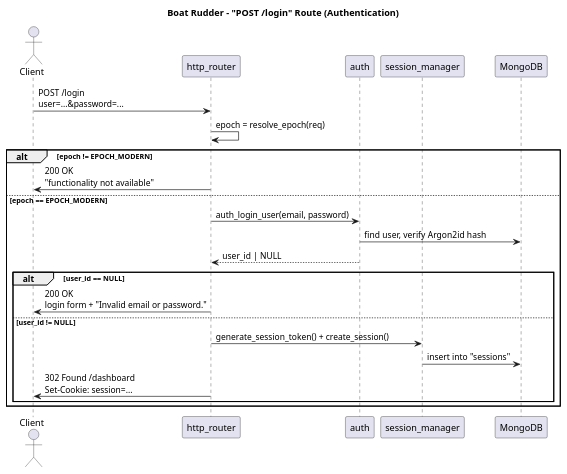
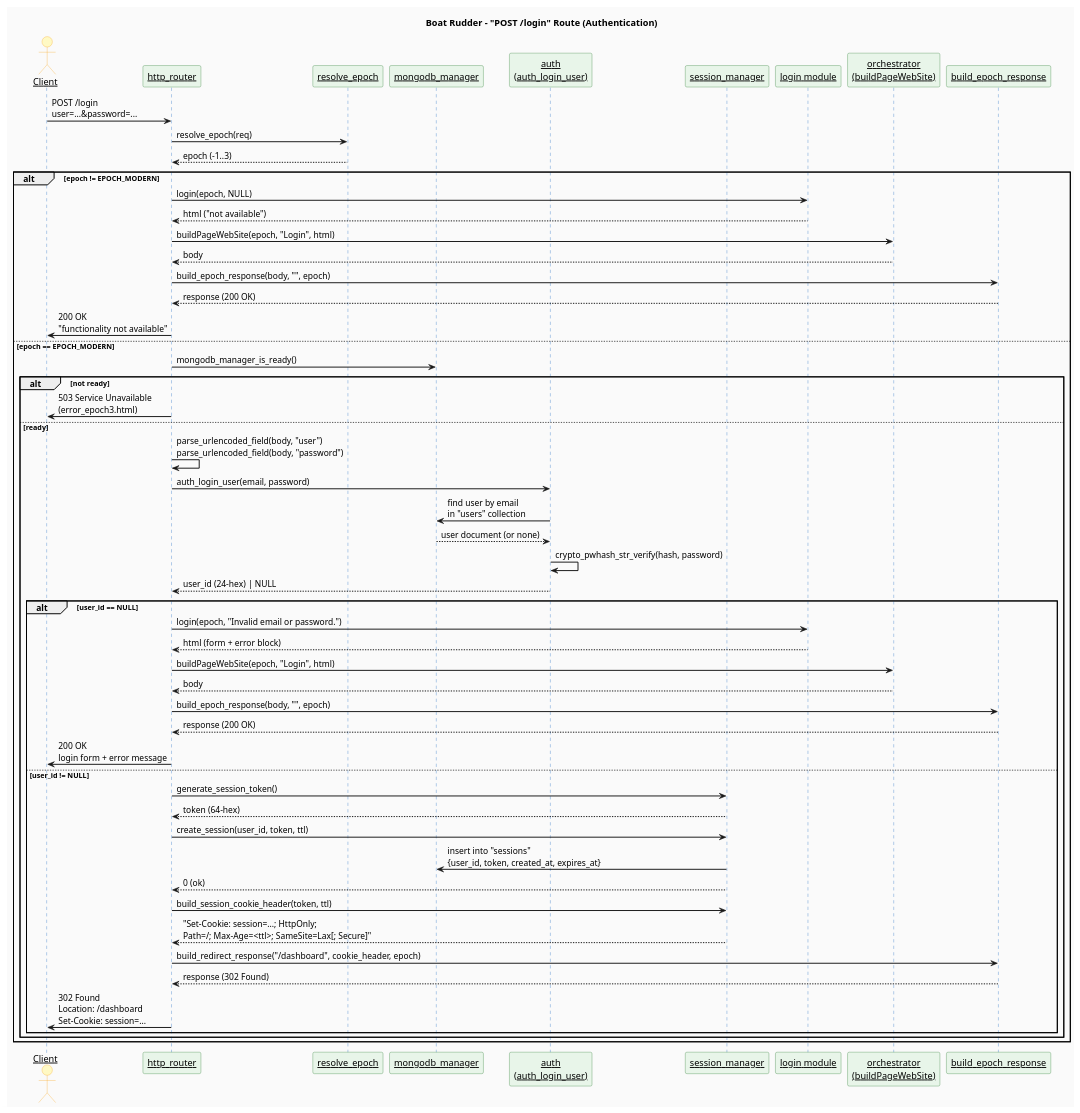
One commit to jpablotoledom/boat-rudder changed the fifth of 5 diagrams in develop_docs/boat-rudder.md. Above: the diagram before and after it, drawn with PlantUML. The commit also changed other lines of this file and 53 other files, not shown here.

````diff
--- a/develop_docs/boat-rudder.md
+++ b/develop_docs/boat-rudder.md
@@ -640,29 +830,80 @@
 ```plantuml
 @startuml sequence-login-route
+
 title Boat Rudder - "POST /login" Route (Authentication)
+
+skinparam backgroundColor #FAFAFA
+skinparam sequenceArrowThickness 1.5
+skinparam sequenceParticipant underline
+skinparam sequence {
+    LifeLineBackgroundColor #E3F2FD
+    LifeLineBorderColor #1565C0
+    ActorBackgroundColor #FFF9C4
+    ActorBorderColor #F9A825
+    ParticipantBackgroundColor #E8F5E9
+    ParticipantBorderColor #2E7D32
+}
 
 actor Client
 participant "http_router" as ROUTER
-participant "auth" as AUTH
+participant "resolve_epoch" as EPOCH
+participant "mongodb_manager" as MONGO
+participant "auth\n(auth_login_user)" as AUTH
 participant "session_manager" as SESSION
-participant "MongoDB" as MONGO
+participant "login module" as LOGIN
+participant "orchestrator\n(buildPageWebSite)" as ORCH
+participant "build_epoch_response" as RESP
 
 Client -> ROUTER : POST /login\nuser=...&password=...
-ROUTER -> ROUTER : epoch = resolve_epoch(req)
+ROUTER -> EPOCH : resolve_epoch(req)
+EPOCH --> ROUTER : epoch (-1..3)
 
 alt epoch != EPOCH_MODERN
+  ROUTER -> LOGIN : login(epoch, NULL)
+  LOGIN --> ROUTER : html ("not available")
+  ROUTER -> ORCH : buildPageWebSite(epoch, "Login", html)
+  ORCH --> ROUTER : body
+  ROUTER -> RESP : build_epoch_response(body, "", epoch)
+  RESP --> ROUTER : response (200 OK)
   ROUTER -> Client : 200 OK\n"functionality not available"
+
 else epoch == EPOCH_MODERN
-  ROUTER -> AUTH : auth_login_user(email, password)
-  AUTH -> MONGO : find user, verify Argon2id hash
-  AUTH --> ROUTER : user_id | NULL
-  alt user_id == NULL
-    ROUTER -> Client : 200 OK\nlogin form + "Invalid email or password."
-  else user_id != NULL
-    ROUTER -> SESSION : generate_session_token() + create_session()
-    SESSION -> MONGO : insert into "sessions"
-    ROUTER -> Client : 302 Found /dashboard\nSet-Cookie: session=...
+  ROUTER -> MONGO : mongodb_manager_is_ready()
+
+  alt not ready
+    ROUTER -> Client : 503 Service Unavailable\n(error_epoch3.html)
+
+  else ready
+    ROUTER -> ROUTER : parse_urlencoded_field(body, "user")\nparse_urlencoded_field(body, "password")
+    ROUTER -> AUTH : auth_login_user(email, password)
+    AUTH -> MONGO : find user by email\nin "users" collection
+    MONGO --> AUTH : user document (or none)
+    AUTH -> AUTH : crypto_pwhash_str_verify(hash, password)
+    AUTH --> ROUTER : user_id (24-hex) | NULL
+
+    alt user_id == NULL
+      ROUTER -> LOGIN : login(epoch, "Invalid email or password.")
+      LOGIN --> ROUTER : html (form + error block)
+      ROUTER -> ORCH : buildPageWebSite(epoch, "Login", html)
+      ORCH --> ROUTER : body
+      ROUTER -> RESP : build_epoch_response(body, "", epoch)
+      RESP --> ROUTER : response (200 OK)
+      ROUTER -> Client : 200 OK\nlogin form + error message
+
+    else user_id != NULL
+      ROUTER -> SESSION : generate_session_token()
+      SESSION --> ROUTER : token (64-hex)
+      ROUTER -> SESSION : create_session(user_id, token, ttl)
+      SESSION -> MONGO : insert into "sessions"\n{user_id, token, created_at, expires_at}
+      SESSION --> ROUTER : 0 (ok)
+      ROUTER -> SESSION : build_session_cookie_header(token, ttl)
+      SESSION --> ROUTER : "Set-Cookie: session=...; HttpOnly;\nPath=/; Max-Age=<ttl>; SameSite=Lax[; Secure]"
+      ROUTER -> RESP : build_redirect_response("/dashboard", cookie_header, epoch)
+      RESP --> ROUTER : response (302 Found)
+      ROUTER -> Client : 302 Found\nLocation: /dashboard\nSet-Cookie: session=...
+    end
   end
 end
+
 @enduml
 ```
````
